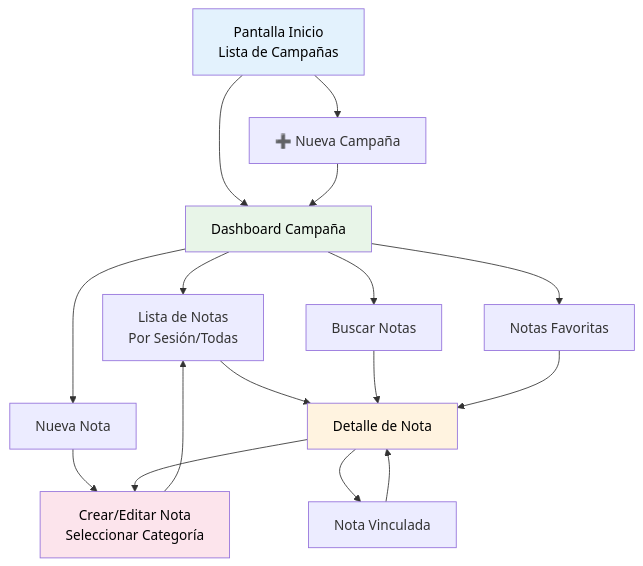
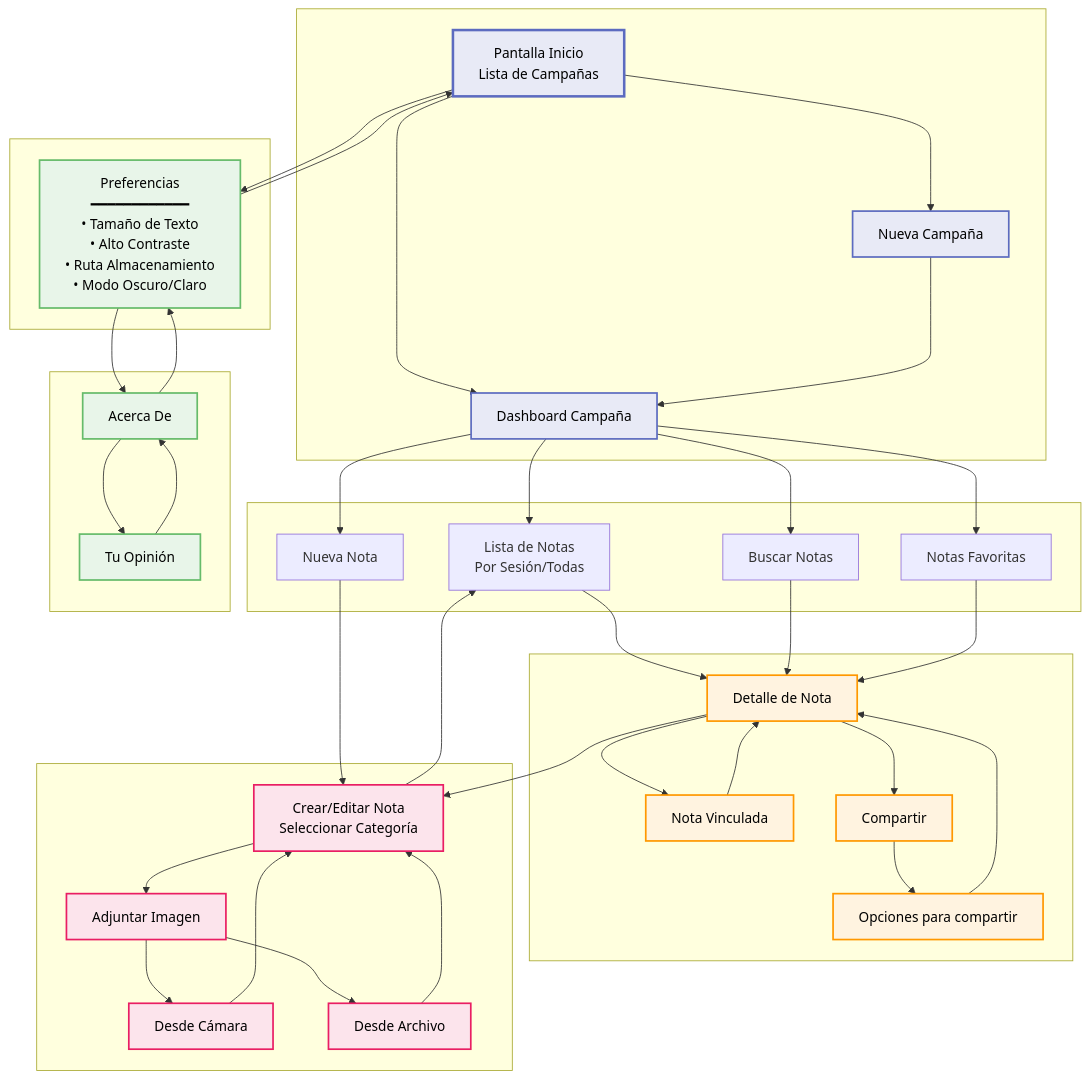
The diagram in README.md (TheMob009/DnD-Notes-Companion), drawn with Mermaid before and after one commit. The commit also changed other lines of this file and 1 other file, not shown here.

Commit message:
Actualizacion README

````diff
--- a/README.md
+++ b/README.md
@@ -32,29 +37,89 @@
 ```mermaid
 graph TB
-    A[Pantalla Inicio<br/>Lista de Campañas] --> B[➕ Nueva Campaña]
-    A --> C[Dashboard Campaña]
+    subgraph Principal[" "]
+        A[Pantalla Inicio<br/>Lista de Campañas]
+        B[Nueva Campaña]
+        C[Dashboard Campaña]
+    end
     
+    subgraph Notas[" "]
+        D[Lista de Notas<br/>Por Sesión/Todas]
+        E[Buscar Notas]
+        F[Notas Favoritas]
+        G[Nueva Nota]
+    end
+    
+    subgraph Detalle[" "]
+        H[Detalle de Nota]
+        J[Nota Vinculada]
+        SHARE[Compartir]
+        OPTS[Opciones para compartir]
+    end
+    
+    subgraph Edicion[" "]
+        I[Crear/Editar Nota<br/>Seleccionar Categoría]
+        IMG[Adjuntar Imagen]
+        CAM[Desde Cámara]
+        FILE[Desde Archivo]
+    end
+    
+    subgraph Config[" "]
+        PREF["Preferencias<br/>━━━━━━━━━━━━<br/>• Tamaño de Texto<br/>• Alto Contraste<br/>• Ruta Almacenamiento<br/>• Modo Oscuro/Claro"]
+    end
+    
+    subgraph Info[" "]
+        ABOUT[Acerca De]
+        RATE[Tu Opinión]
+    end
+    
+    A --> B
+    A --> C
+    A --> PREF
     B --> C
     
-    C --> D[Lista de Notas<br/>Por Sesión/Todas]
-    C --> E[Buscar Notas]
-    C --> F[Notas Favoritas]
-    C --> G[Nueva Nota]
+    C --> D
+    C --> E
+    C --> F
+    C --> G
     
-    D --> H[Detalle de Nota]
+    D --> H
     E --> H
     F --> H
-    
-    G --> I[Crear/Editar Nota<br/>Seleccionar Categoría]
+    G --> I
     
     H --> I
-    H --> J[Nota Vinculada]
+    H --> J
+    H --> SHARE
+    J --> H
+    SHARE --> OPTS
+    OPTS --> H
     
+    I --> IMG
     I --> D
-    J --> H
+    IMG --> CAM
+    IMG --> FILE
+    CAM --> I
+    FILE --> I
     
-    style A fill:#e3f2fd,color:#000
-    style C fill:#e8f5e8,color:#000
-    style H fill:#fff3e0,color:#000
-    style I fill:#fce4ec,color:#000
+    PREF --> ABOUT
+    
+    ABOUT --> RATE
+    ABOUT --> PREF
+    RATE --> ABOUT
+    PREF --> A
+    
+    style A fill:#e8eaf6,stroke:#5c6bc0,stroke-width:3px,color:#000
+    style C fill:#e8eaf6,stroke:#5c6bc0,stroke-width:2px,color:#000
+    style B fill:#e8eaf6,stroke:#5c6bc0,stroke-width:2px,color:#000
+    style H fill:#fff3e0,stroke:#ff9800,stroke-width:2px,color:#000
+    style J fill:#fff3e0,stroke:#ff9800,stroke-width:2px,color:#000
+    style SHARE fill:#fff3e0,stroke:#ff9800,stroke-width:2px,color:#000
+    style OPTS fill:#fff3e0,stroke:#ff9800,stroke-width:2px,color:#000
+    style I fill:#fce4ec,stroke:#e91e63,stroke-width:2px,color:#000
+    style IMG fill:#fce4ec,stroke:#e91e63,stroke-width:2px,color:#000
+    style CAM fill:#fce4ec,stroke:#e91e63,stroke-width:2px,color:#000
+    style FILE fill:#fce4ec,stroke:#e91e63,stroke-width:2px,color:#000
+    style PREF fill:#e8f5e9,stroke:#66bb6a,stroke-width:2px,color:#000
+    style ABOUT fill:#e8f5e9,stroke:#66bb6a,stroke-width:2px,color:#000
+    style RATE fill:#e8f5e9,stroke:#66bb6a,stroke-width:2px,color:#000
 ```
````
